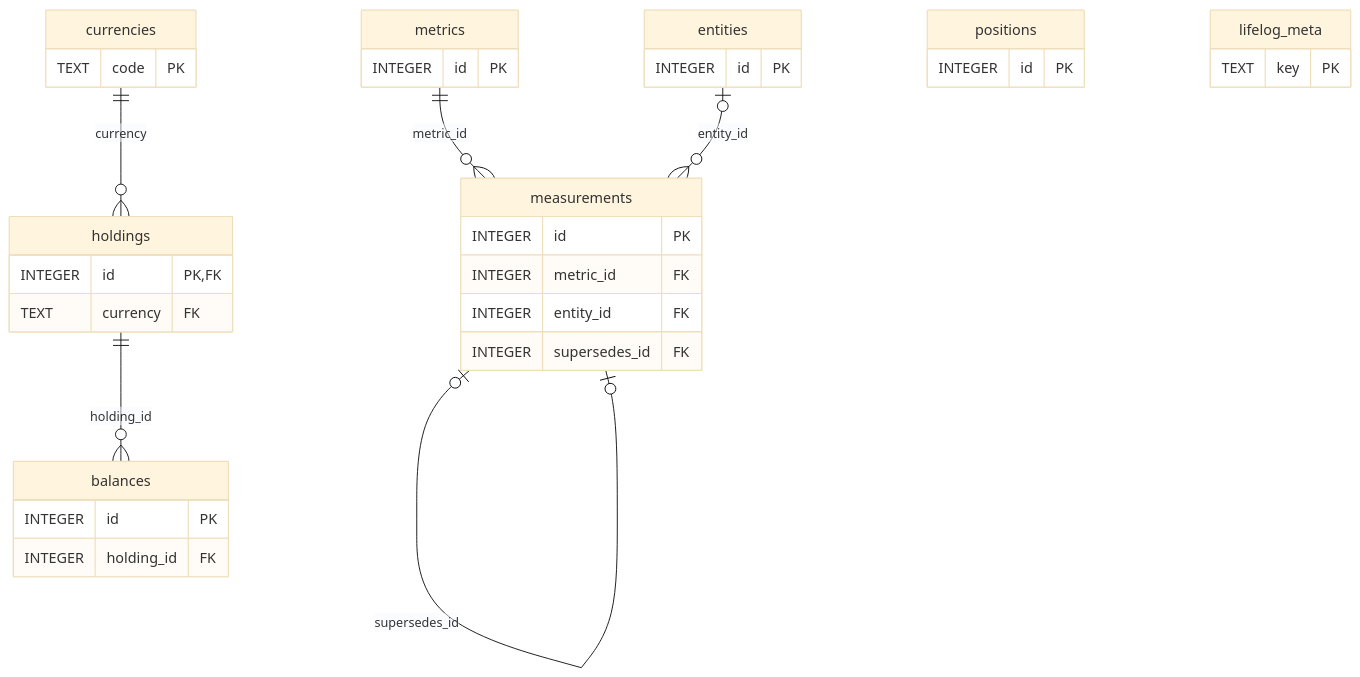
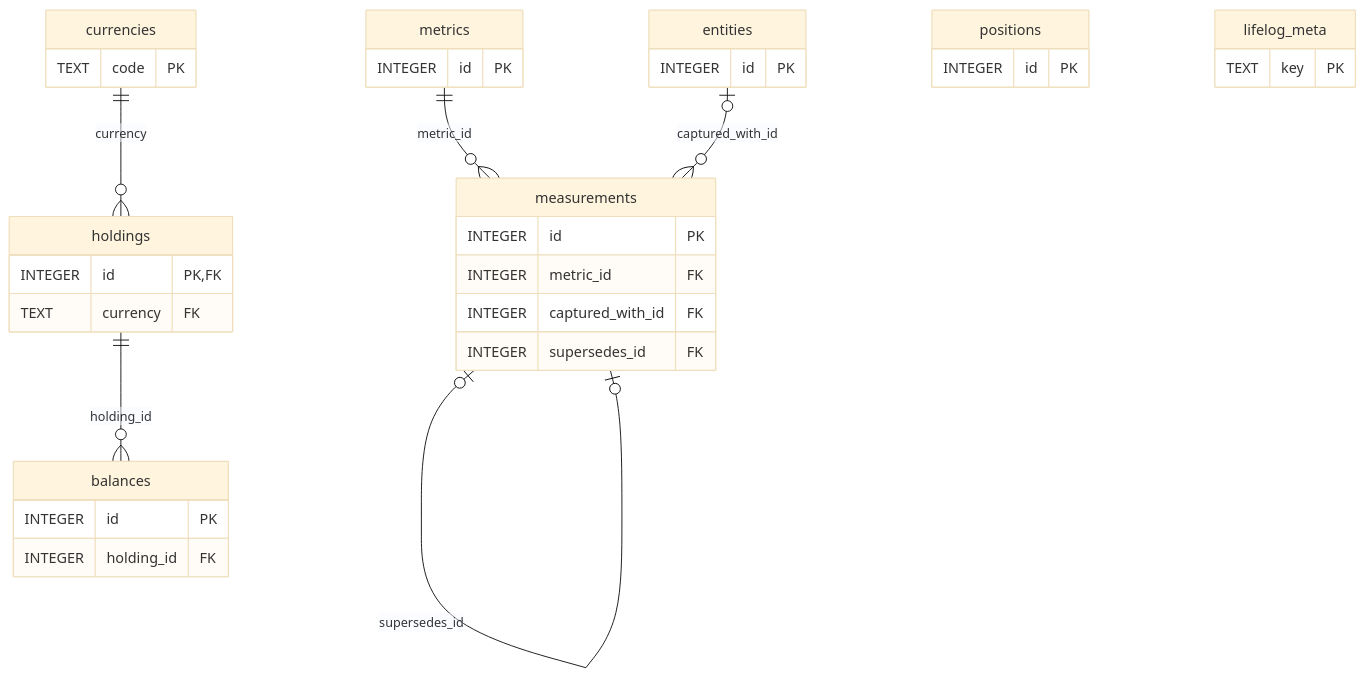
One commit to alexradunet/lifelogdb changed the fifth of 9 diagrams in SCHEMA.md. Above: the diagram before and after it, drawn with Mermaid (base theme). The commit also changed other lines of this file and 20 other files, not shown here.

````diff
--- a/SCHEMA.md
+++ b/SCHEMA.md
@@ -1145,39 +1148,39 @@
 ```mermaid
 %% diagram: er-facts
 erDiagram
     metrics     ||--o{ measurements : "metric_id"
-    entities    |o--o{ measurements : "entity_id"
+    entities    |o--o{ measurements : "captured_with_id"
     measurements |o--o| measurements : "supersedes_id"
     holdings    ||--o{ balances     : "holding_id"
     currencies  ||--o{ holdings     : "currency"
 
     metrics {
         INTEGER id PK
     }
     measurements {
         INTEGER id PK
         INTEGER metric_id FK
-        INTEGER entity_id FK
+        INTEGER captured_with_id FK
         INTEGER supersedes_id FK
     }
     entities {
         INTEGER id PK
     }
     holdings {
         INTEGER id PK, FK
         TEXT currency FK
     }
     balances {
         INTEGER id PK
         INTEGER holding_id FK
     }
     currencies {
         TEXT code PK
     }
     positions {
         INTEGER id PK
     }
     lifelog_meta {
         TEXT key PK
     }
 ```
````
